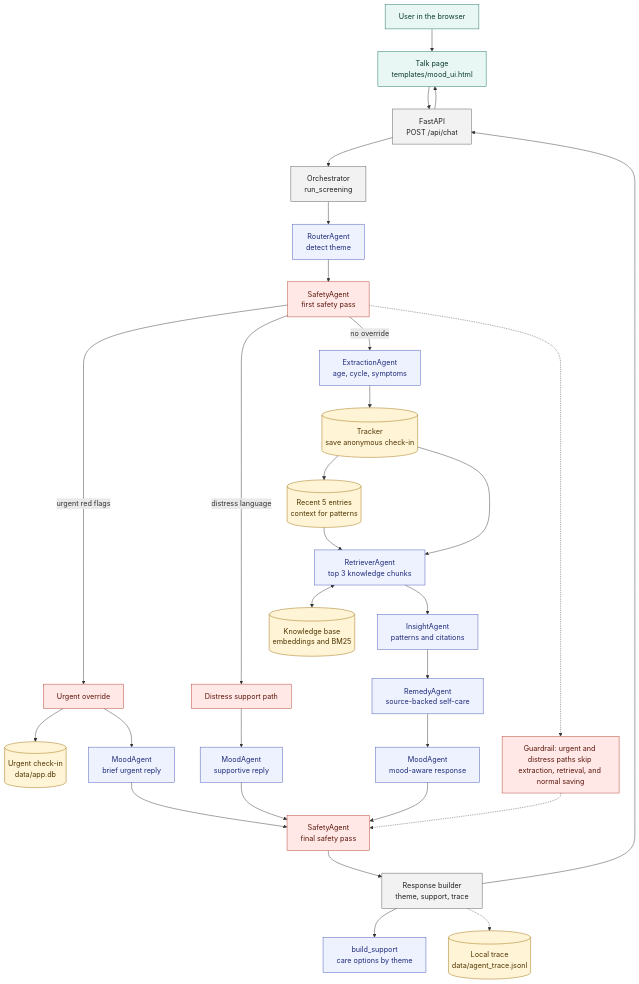
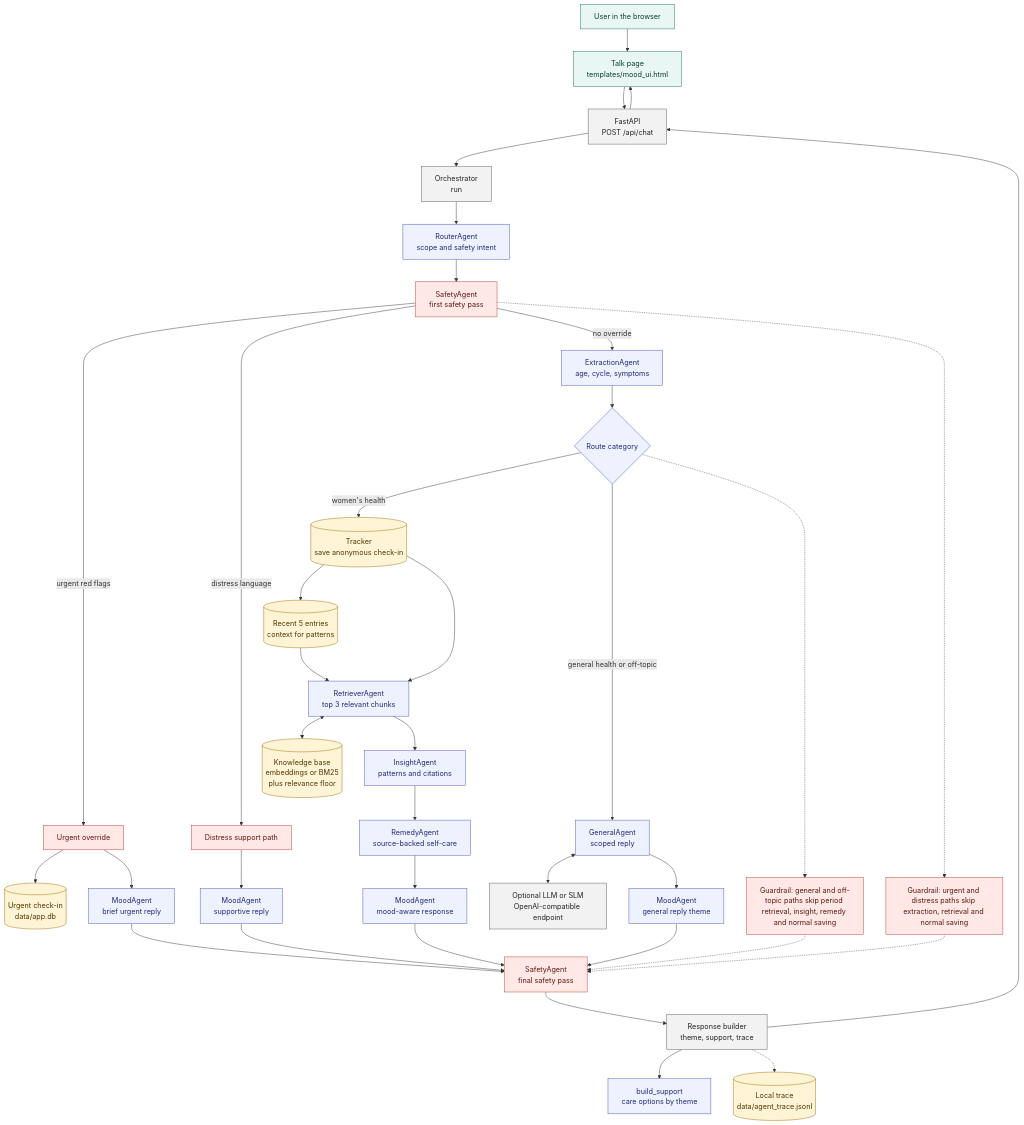
The diagram in docs/multi_agent_workflow.mmd (Tenisha5132/recHERsion_Unhandled_Exceptions), drawn with Mermaid before and after one commit. The commit also changed 1 other file, not shown here.

Commit message:
Update diagrams for scoped routing and LLM support

```diff
--- a/docs/multi_agent_workflow.mmd
+++ b/docs/multi_agent_workflow.mmd
@@ -1,49 +1,58 @@
 flowchart TD
     USER["User in the browser"] --> UI["Talk page<br/>templates/mood_ui.html"]
     UI --> API["FastAPI<br/>POST /api/chat"]
-    API --> ORCH["Orchestrator<br/>run_screening"]
-    ORCH --> ROUTER["RouterAgent<br/>detect theme"]
+    API --> ORCH["Orchestrator<br/>run"]
+    ORCH --> ROUTER["RouterAgent<br/>scope and safety intent"]
     ROUTER --> SAFETY1["SafetyAgent<br/>first safety pass"]
 
     SAFETY1 -->|"urgent red flags"| URGENT["Urgent override"]
     SAFETY1 -->|"distress language"| DISTRESS["Distress support path"]
     SAFETY1 -->|"no override"| EXTRACT["ExtractionAgent<br/>age, cycle, symptoms"]
 
     URGENT --> SAVEURGENT[("Urgent check-in<br/>data/app.db")]
     URGENT --> MOODURGENT["MoodAgent<br/>brief urgent reply"]
     DISTRESS --> MOODDISTRESS["MoodAgent<br/>supportive reply"]
 
-    EXTRACT --> TRACKER[("Tracker<br/>save anonymous check-in")]
+    EXTRACT --> SCOPE{"Route category"}
+    SCOPE -->|"women's health"| TRACKER[("Tracker<br/>save anonymous check-in")]
+    SCOPE -->|"general health or off-topic"| GENERAL["GeneralAgent<br/>scoped reply"]
+    GENERAL <--> LLM["Optional LLM or SLM<br/>OpenAI-compatible endpoint"]
+
     TRACKER --> RECENT[("Recent 5 entries<br/>context for patterns")]
-    TRACKER --> RETRIEVER["RetrieverAgent<br/>top 3 knowledge chunks"]
+    TRACKER --> RETRIEVER["RetrieverAgent<br/>top 3 relevant chunks"]
     RECENT --> RETRIEVER
-    RETRIEVER <--> KB[("Knowledge base<br/>embeddings and BM25")]
+    RETRIEVER <--> KB[("Knowledge base<br/>embeddings or BM25<br/>plus relevance floor")]
     RETRIEVER --> INSIGHT["InsightAgent<br/>patterns and citations"]
     INSIGHT --> REMEDY["RemedyAgent<br/>source-backed self-care"]
 
     REMEDY --> MOOD["MoodAgent<br/>mood-aware response"]
+    GENERAL --> MOODGEN["MoodAgent<br/>general reply theme"]
     MOODURGENT --> SAFETY2["SafetyAgent<br/>final safety pass"]
     MOODDISTRESS --> SAFETY2
     MOOD --> SAFETY2
+    MOODGEN --> SAFETY2
 
     SAFETY2 --> RESPONSE["Response builder<br/>theme, support, trace"]
     RESPONSE --> SUPPORT["build_support<br/>care options by theme"]
     RESPONSE -.-> TRACE[("Local trace<br/>data/agent_trace.jsonl")]
     RESPONSE --> API
     API --> UI
 
-    NOTE["Guardrail: urgent and distress paths skip extraction, retrieval, and normal saving"]
+    NOTE["Guardrail: urgent and distress paths skip extraction, retrieval and normal saving"]
+    NOTE2["Guardrail: general and off-topic paths skip period retrieval, insight, remedy and normal saving"]
     SAFETY1 -.-> NOTE
     NOTE -.-> SAFETY2
+    SCOPE -.-> NOTE2
+    NOTE2 -.-> SAFETY2
 
     classDef ui fill:#e8f7f3,stroke:#12705c,color:#0b3b30
     classDef agent fill:#eef2ff,stroke:#4052b5,color:#1e2a78
     classDef safety fill:#ffe8e5,stroke:#b33a2b,color:#5c160e
     classDef store fill:#fff4d6,stroke:#9a6b00,color:#4d3500
     classDef api fill:#f2f2f2,stroke:#555555,color:#222222
 
     class USER,UI ui
-    class ROUTER,EXTRACT,RETRIEVER,INSIGHT,REMEDY,MOOD,MOODURGENT,MOODDISTRESS,SUPPORT agent
-    class SAFETY1,SAFETY2,URGENT,DISTRESS,NOTE safety
+    class ROUTER,EXTRACT,SCOPE,RETRIEVER,INSIGHT,REMEDY,MOOD,MOODURGENT,MOODDISTRESS,MOODGEN,GENERAL,SUPPORT agent
+    class SAFETY1,SAFETY2,URGENT,DISTRESS,NOTE,NOTE2 safety
     class TRACKER,SAVEURGENT,RECENT,KB,TRACE store
-    class API,ORCH,RESPONSE api
+    class API,ORCH,RESPONSE,LLM api
```
